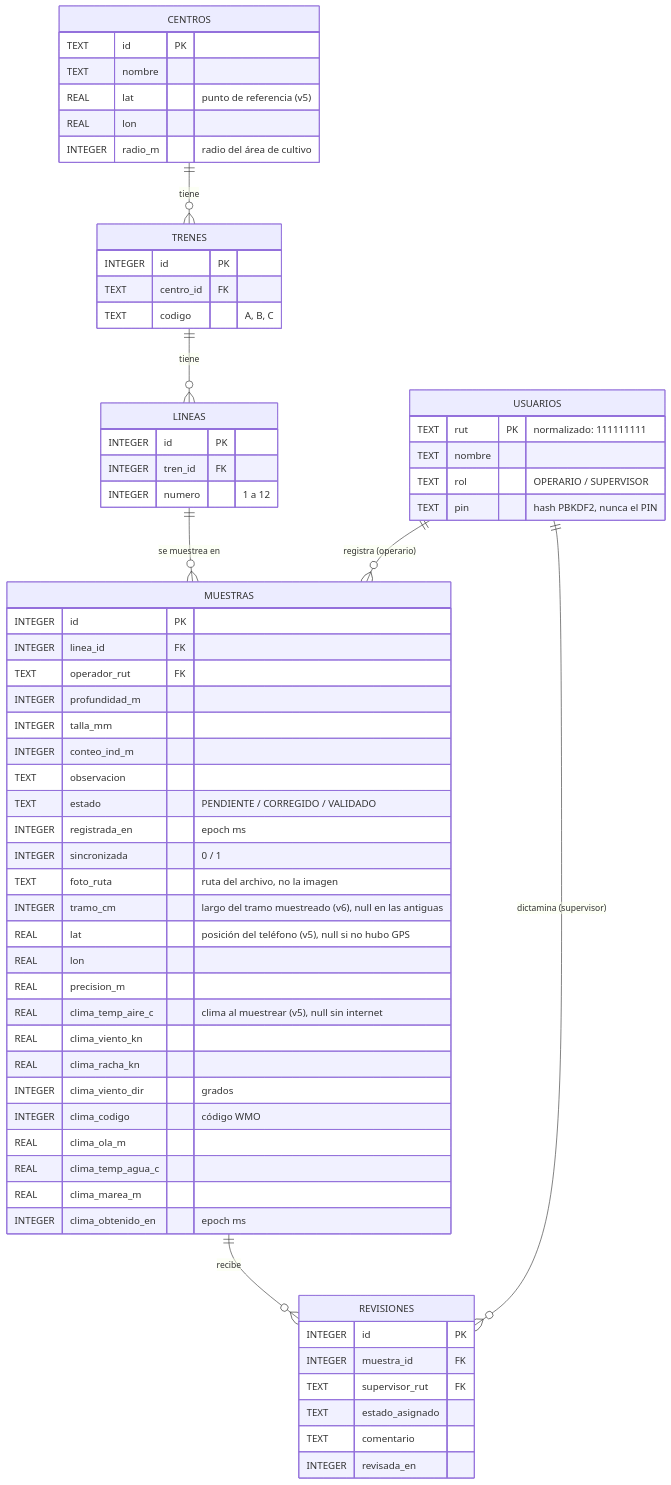
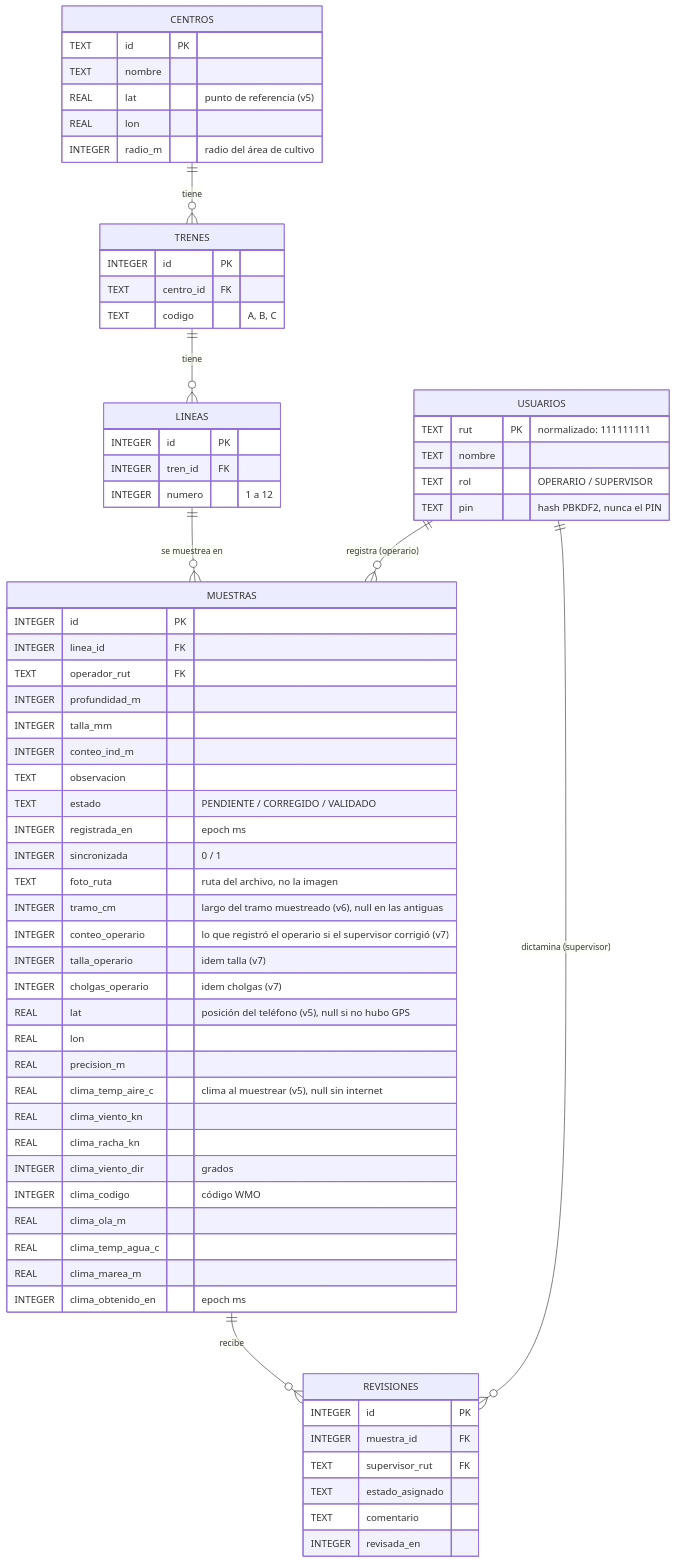
The diagram in docs/base-de-datos.md (jesuscardenas-jacv1/MusselApp-Nube), drawn with Mermaid before and after one commit. The commit also changed other lines of this file and 17 other files, not shown here.

````diff
--- a/docs/base-de-datos.md
+++ b/docs/base-de-datos.md
@@ -9,67 +9,70 @@
 ```mermaid
 erDiagram
     CENTROS ||--o{ TRENES : tiene
     TRENES ||--o{ LINEAS : tiene
     LINEAS ||--o{ MUESTRAS : "se muestrea en"
     USUARIOS ||--o{ MUESTRAS : "registra (operario)"
     MUESTRAS ||--o{ REVISIONES : "recibe"
     USUARIOS ||--o{ REVISIONES : "dictamina (supervisor)"
 
     CENTROS {
         TEXT id PK
         TEXT nombre
         REAL lat "punto de referencia (v5)"
         REAL lon
         INTEGER radio_m "radio del área de cultivo"
     }
     TRENES {
         INTEGER id PK
         TEXT centro_id FK
         TEXT codigo "A, B, C"
     }
     LINEAS {
         INTEGER id PK
         INTEGER tren_id FK
         INTEGER numero "1 a 12"
     }
     USUARIOS {
         TEXT rut PK "normalizado: 111111111"
         TEXT nombre
         TEXT rol "OPERARIO / SUPERVISOR"
         TEXT pin "hash PBKDF2, nunca el PIN"
     }
     MUESTRAS {
         INTEGER id PK
         INTEGER linea_id FK
         TEXT operador_rut FK
         INTEGER profundidad_m
         INTEGER talla_mm
         INTEGER conteo_ind_m
         TEXT observacion
         TEXT estado "PENDIENTE / CORREGIDO / VALIDADO"
         INTEGER registrada_en "epoch ms"
         INTEGER sincronizada "0 / 1"
         TEXT foto_ruta "ruta del archivo, no la imagen"
         INTEGER tramo_cm "largo del tramo muestreado (v6), null en las antiguas"
+        INTEGER conteo_operario "lo que registró el operario si el supervisor corrigió (v7)"
+        INTEGER talla_operario "idem talla (v7)"
+        INTEGER cholgas_operario "idem cholgas (v7)"
         REAL lat "posición del teléfono (v5), null si no hubo GPS"
         REAL lon
         REAL precision_m
         REAL clima_temp_aire_c "clima al muestrear (v5), null sin internet"
         REAL clima_viento_kn
         REAL clima_racha_kn
         INTEGER clima_viento_dir "grados"
         INTEGER clima_codigo "código WMO"
         REAL clima_ola_m
         REAL clima_temp_agua_c
         REAL clima_marea_m
         INTEGER clima_obtenido_en "epoch ms"
     }
     REVISIONES {
         INTEGER id PK
         INTEGER muestra_id FK
         TEXT supervisor_rut FK
         TEXT estado_asignado
         TEXT comentario
         INTEGER revisada_en
     }
 ```
````
